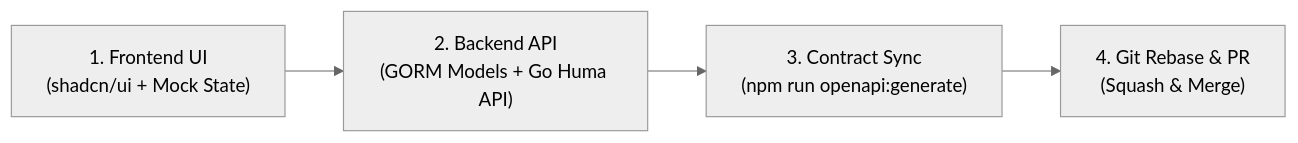
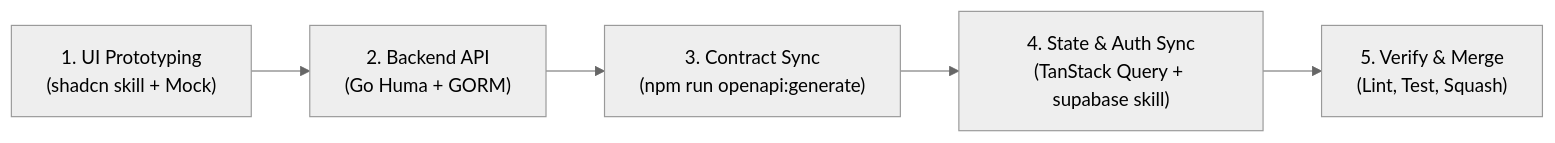
Before and after one commit to moomaideng/eventory: the second of 2 diagrams in README.md, drawn with Mermaid (neutral theme). The commit also changed other lines of this file and 35 other files, not shown here.

First line of the commit message:
feat(account): handle duplicate username, sync openapi, integrate tanstack query, and modernize frontend with shadcn/ui (#29)

````diff
--- a/README.md
+++ b/README.md
@@ -203,7 +203,8 @@
 ```mermaid
 flowchart LR
-    Step1["1. Frontend UI<br/>(shadcn/ui + Mock State)"]
-    --> Step2["2. Backend API<br/>(GORM Models + Go Huma API)"]
+    Step1["1. UI Prototyping<br/>(shadcn skill + Mock)"]
+    --> Step2["2. Backend API<br/>(Go Huma + GORM)"]
     --> Step3["3. Contract Sync<br/>(npm run openapi:generate)"]
-    --> Step4["4. Git Rebase & PR<br/>(Squash & Merge)"]
+    --> Step4["4. State & Auth Sync<br/>(TanStack Query + supabase skill)"]
+    --> Step5["5. Verify & Merge<br/>(Lint, Test, Squash)"]
 ```
````
